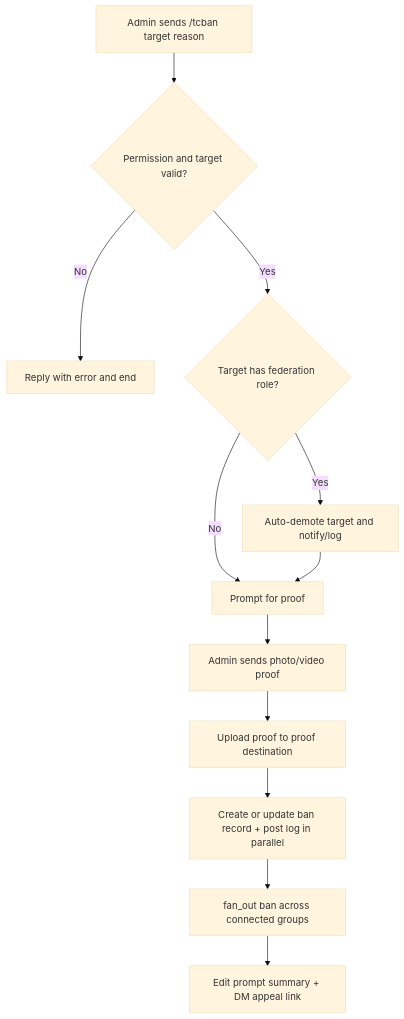
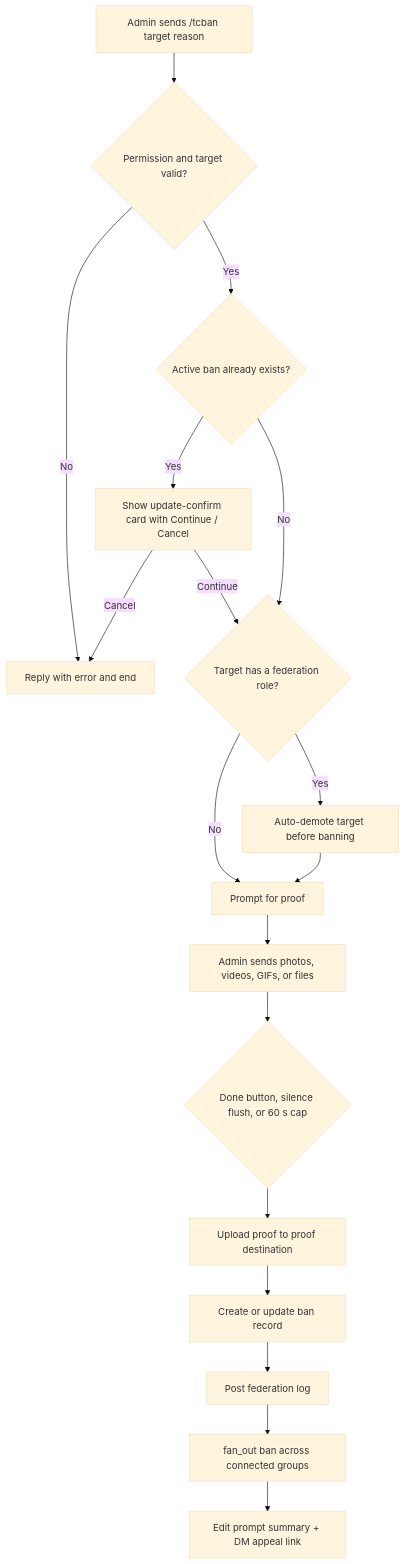
Before and after one commit to D1ZZY4/tcbot: the first of 4 diagrams in docs/features/workflow-overview.md, drawn with Mermaid (base theme). The commit also changed other lines of this file and 25 other files, not shown here.

````diff
--- a/docs/features/workflow-overview.md
+++ b/docs/features/workflow-overview.md
@@ -23,14 +23,20 @@
 ```mermaid
 flowchart TD
     A[Admin sends /tcban target reason] --> B{Permission and target valid?}
     B -- No --> X[Reply with error and end]
-    B -- Yes --> C{Target has federation role?}
-    C -- Yes --> D[Auto-demote target and notify/log]
-    C -- No --> E[Prompt for proof]
-    D --> E
-    E --> F[Admin sends photo/video proof]
-    F --> G[Upload proof to proof destination]
-    G --> H[Create or update ban record + post log in parallel]
-    H --> I[fan_out ban across connected groups]
-    I --> J[Edit prompt summary + DM appeal link]
+    B -- Yes --> C{Active ban already exists?}
+    C -- Yes --> D[Show update-confirm card with Continue / Cancel]
+    D -- Cancel --> X
+    D -- Continue --> E
+    C -- No --> E{Target has a federation role?}
+    E -- Yes --> F[Auto-demote target before banning]
+    E -- No --> G[Prompt for proof]
+    F --> G
+    G --> H[Admin sends photos, videos, GIFs, or files]
+    H --> I{Done button, silence flush, or 60 s cap}
+    I --> J[Upload proof to proof destination]
+    J --> K[Create or update ban record]
+    K --> L[Post federation log]
+    L --> M[fan_out ban across connected groups]
+    M --> N[Edit prompt summary + DM appeal link]
 ```
````
